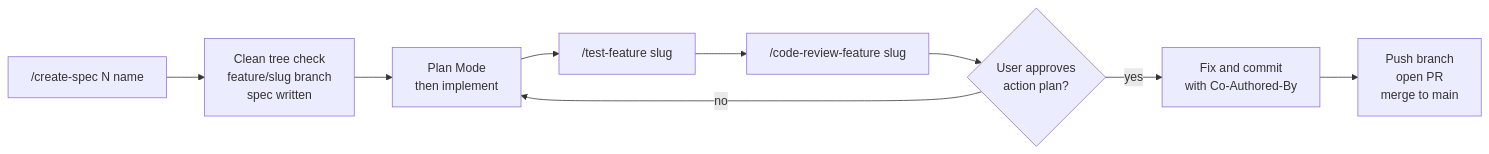
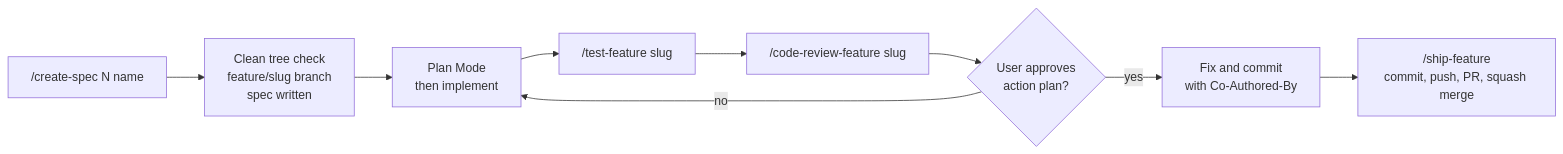
One commit to zohaibshahzadkhan/claudeProject changed the third of 6 diagrams in README.md. Above: the diagram before and after it, drawn with Mermaid. The commit also changed other lines of this file, not shown here.

First line of the commit message:
docs: update README for edit, delete, hooks, and ship-feature

````diff
--- a/README.md
+++ b/README.md
@@ -326,11 +350,11 @@
 ```mermaid
 flowchart LR
     A["/create-spec N name"] --> B["Clean tree check<br/>feature/slug branch<br/>spec written"]
     B --> C["Plan Mode<br/>then implement"]
     C --> D["/test-feature slug"]
     D --> E["/code-review-feature slug"]
     E --> F{"User approves<br/>action plan?"}
     F -->|"yes"| G["Fix and commit<br/>with Co-Authored-By"]
     F -->|"no"| C
-    G --> H["Push branch<br/>open PR<br/>merge to main"]
+    G --> H["/ship-feature<br/>commit, push, PR, squash merge"]
 ```
````
